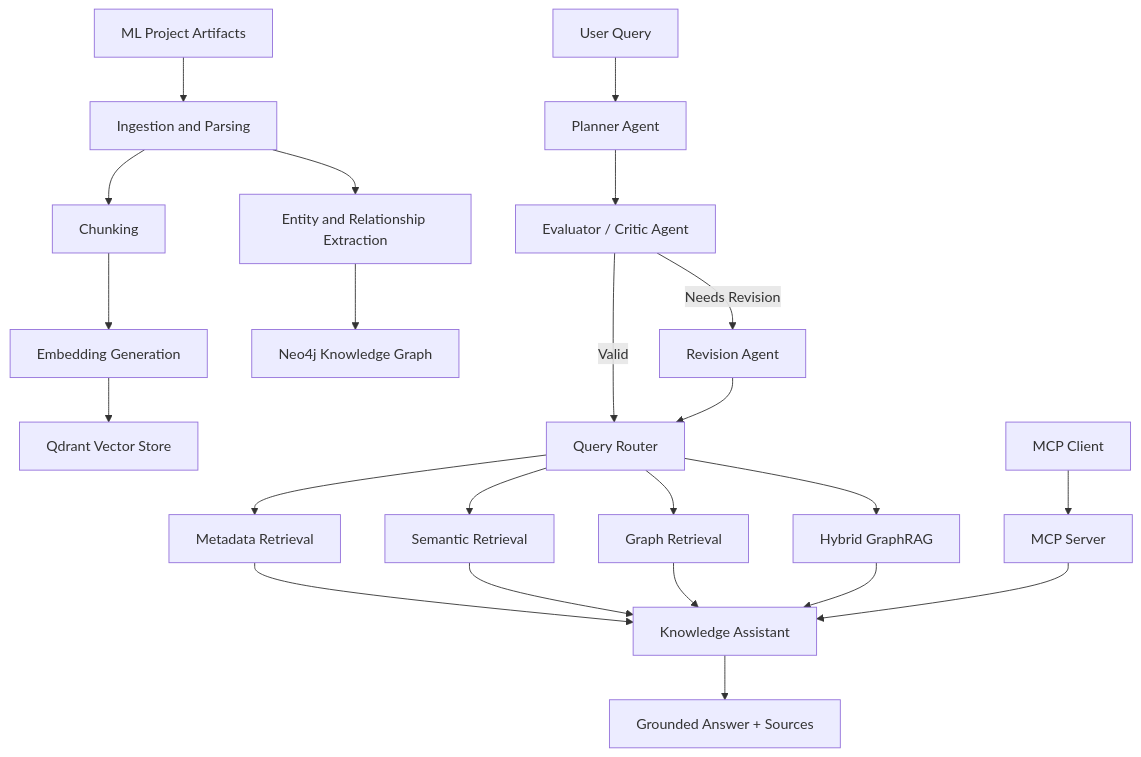
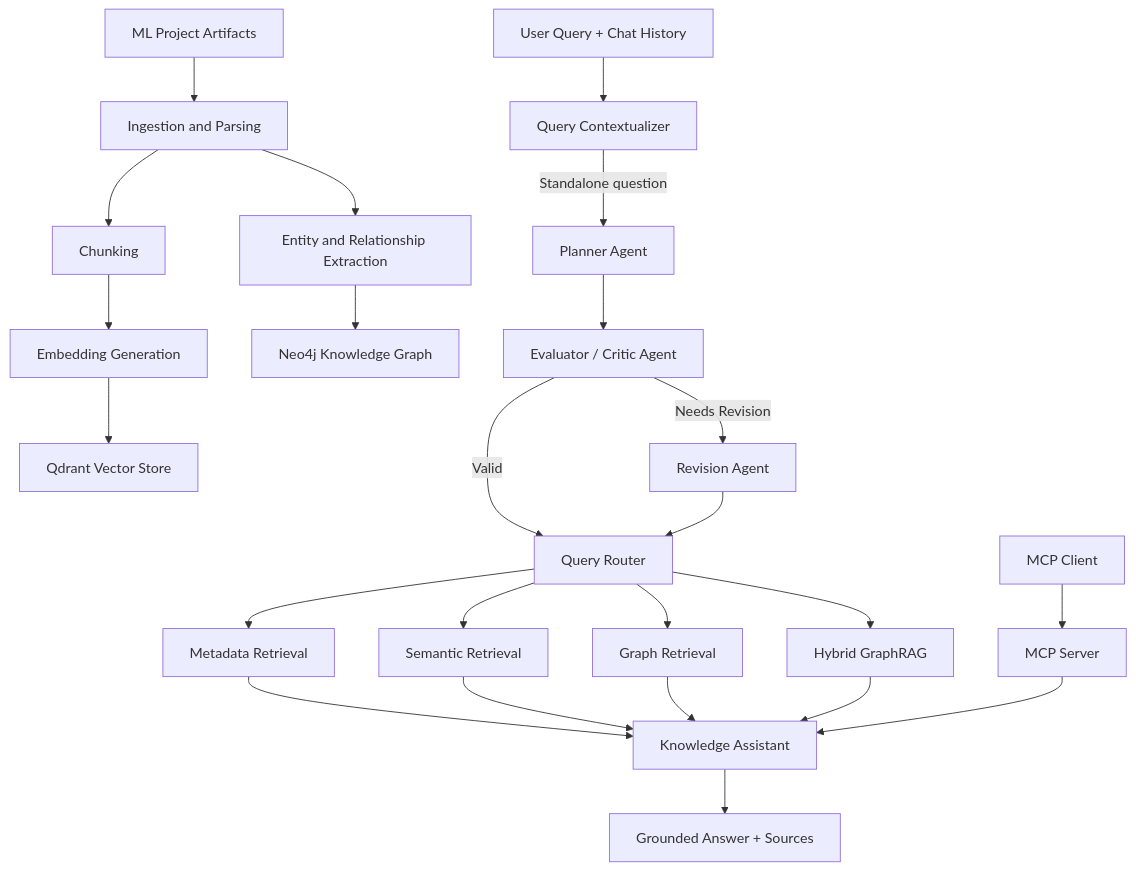
One commit to avishek-018/MLKnowledgeHub changed the diagram in README.md. Above: the diagram before and after it, drawn with Mermaid. The commit also changed other lines of this file, not shown here.

````diff
--- a/README.md
+++ b/README.md
@@ -71,33 +72,34 @@
 ```mermaid
 flowchart TD
 
     A[ML Project Artifacts] --> B[Ingestion and Parsing]
 
     B --> C[Chunking]
     C --> D[Embedding Generation]
     D --> E[Qdrant Vector Store]
 
     B --> F[Entity and Relationship Extraction]
     F --> G[Neo4j Knowledge Graph]
 
-    Q[User Query] --> P[Planner Agent]
+    Q[User Query + Chat History] --> CX[Query Contextualizer]
+    CX -->|Standalone question| P[Planner Agent]
     P --> C1[Evaluator / Critic Agent]
     C1 -->|Valid| R[Query Router]
     C1 -->|Needs Revision| V[Revision Agent]
     V --> R
 
     R --> M[Metadata Retrieval]
     R --> S[Semantic Retrieval]
     R --> K[Graph Retrieval]
     R --> H[Hybrid GraphRAG]
 
     M --> A1[Knowledge Assistant]
     S --> A1
     K --> A1
     H --> A1
 
     A1 --> G1[Grounded Answer + Sources]
 
     X[MCP Client] --> Y[MCP Server]
     Y --> A1
 ```
````
